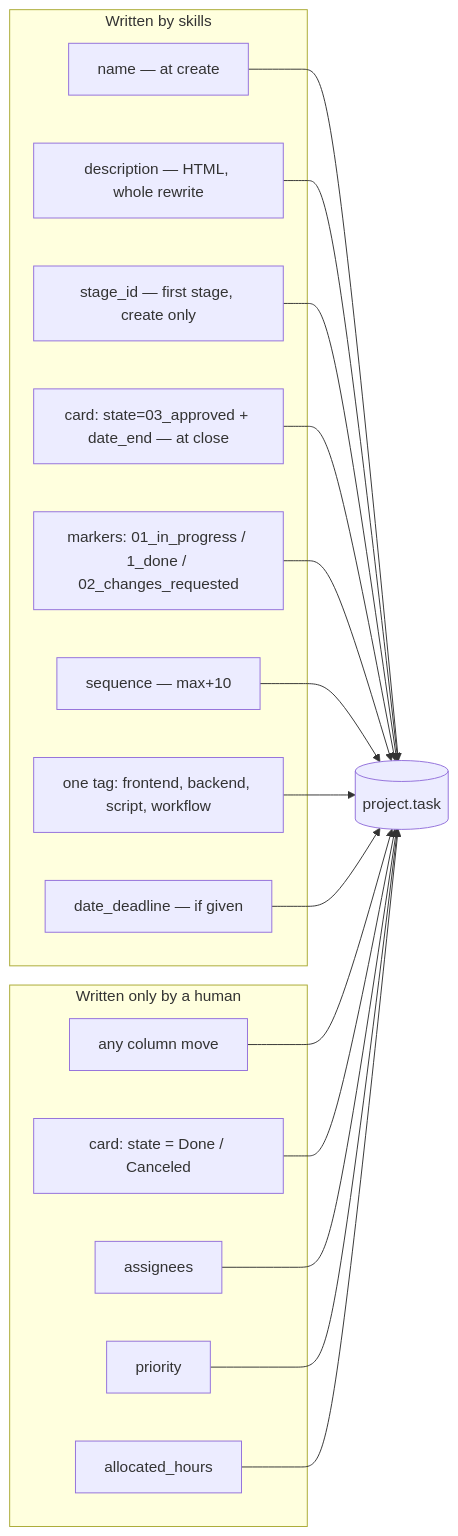
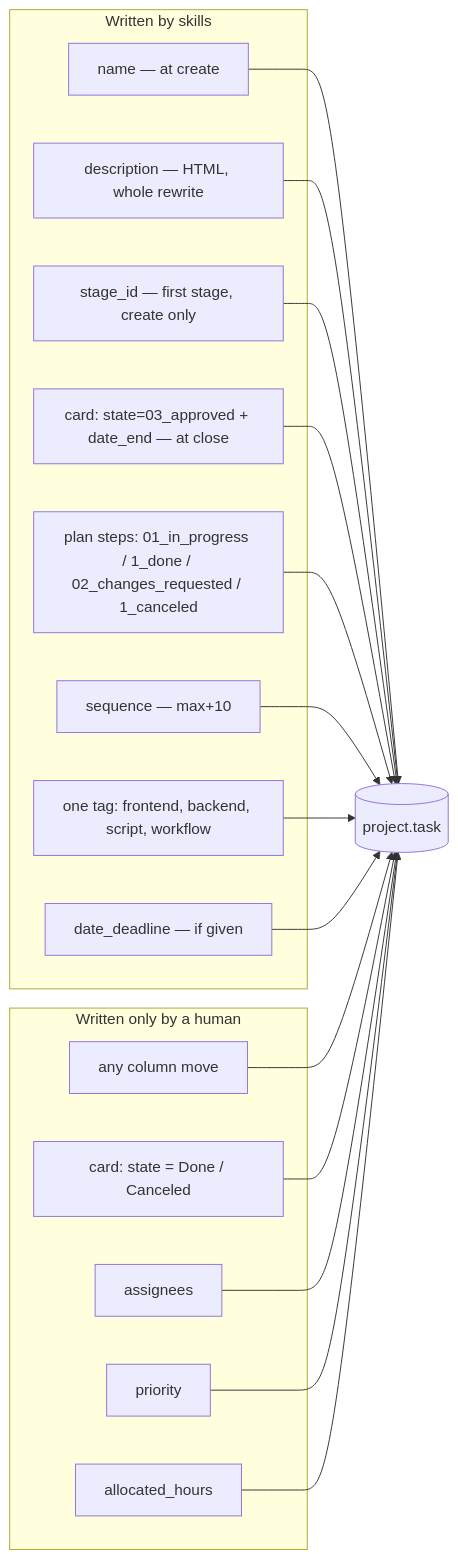
One commit to darideveloper/ai-daridev changed the first of 3 diagrams in docs/odoo.md. Above: the diagram before and after it, drawn with Mermaid. The commit also changed other lines of this file and 23 other files, not shown here.

````diff
--- a/docs/odoo.md
+++ b/docs/odoo.md
@@ -8,34 +8,34 @@
 ```mermaid
 flowchart LR
     subgraph SKILL["Written by skills"]
         N["name — at create"]
         D["description — HTML, whole rewrite"]
         STG["stage_id — first stage, create only"]
         SIG["card: state=03_approved + date_end — at close"]
-        MK["markers: 01_in_progress / 1_done / 02_changes_requested"]
+        MK["plan steps: 01_in_progress / 1_done / 02_changes_requested / 1_canceled"]
         SEQ["sequence — max+10"]
         TAG["one tag: frontend, backend, script, workflow"]
         DDL["date_deadline — if given"]
     end
     subgraph HUMAN["Written only by a human"]
         MOVE["any column move"]
         DONE["card: state = Done / Canceled"]
         ASSIGN["assignees"]
         PRIO["priority"]
         HOURS["allocated_hours"]
     end
     CARD[("project.task")]
     N --> CARD
     D --> CARD
     STG --> CARD
     SIG --> CARD
     MK --> CARD
     SEQ --> CARD
     TAG --> CARD
     DDL --> CARD
     MOVE --> CARD
     DONE --> CARD
     ASSIGN --> CARD
     PRIO --> CARD
     HOURS --> CARD
 ```
````
